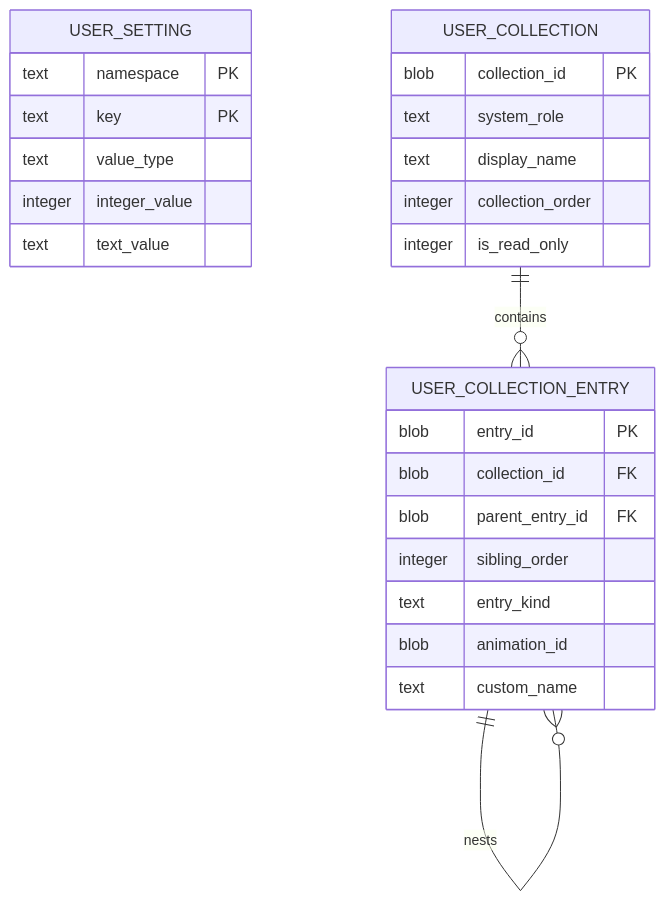
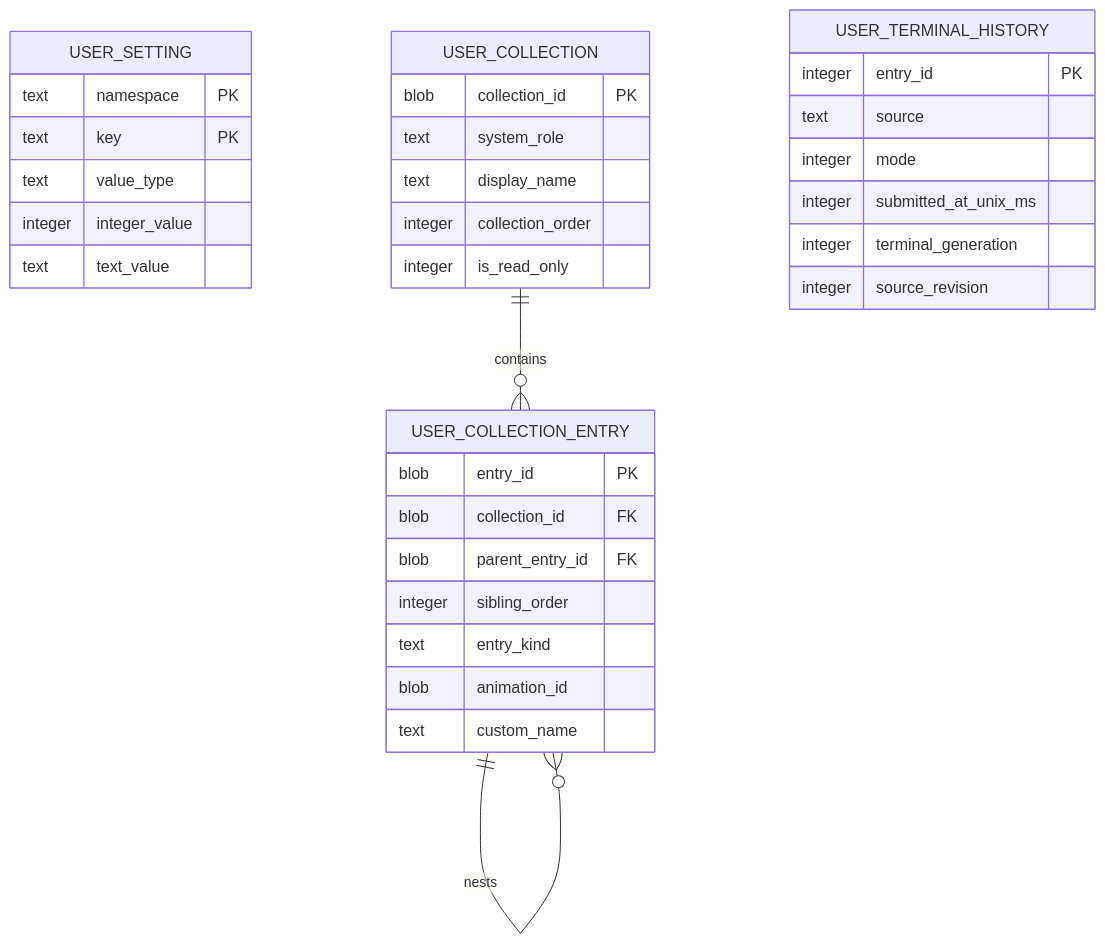
Before and after one commit to derekshoneycutt/Euclid: the fourth of 5 diagrams in docs/wiki/Guides/Sqlite3.md, drawn with Mermaid. The commit also changed other lines of this file and 64 other files, not shown here.

Commit message:
Persist terminal history

````diff
--- a/docs/wiki/Guides/Sqlite3.md
+++ b/docs/wiki/Guides/Sqlite3.md
@@ -219,28 +221,36 @@
 ```mermaid
 erDiagram
     USER_SETTING {
         text namespace PK
         text key PK
         text value_type
         integer integer_value
         text text_value
     }
     USER_COLLECTION {
         blob collection_id PK
         text system_role
         text display_name
         integer collection_order
         integer is_read_only
     }
     USER_COLLECTION_ENTRY {
         blob entry_id PK
         blob collection_id FK
         blob parent_entry_id FK
         integer sibling_order
         text entry_kind
         blob animation_id
         text custom_name
     }
+    USER_TERMINAL_HISTORY {
+        integer entry_id PK
+        text source
+        integer mode
+        integer submitted_at_unix_ms
+        integer terminal_generation
+        integer source_revision
+    }
     USER_COLLECTION ||--o{ USER_COLLECTION_ENTRY : contains
     USER_COLLECTION_ENTRY ||--o{ USER_COLLECTION_ENTRY : nests
 ```
````
